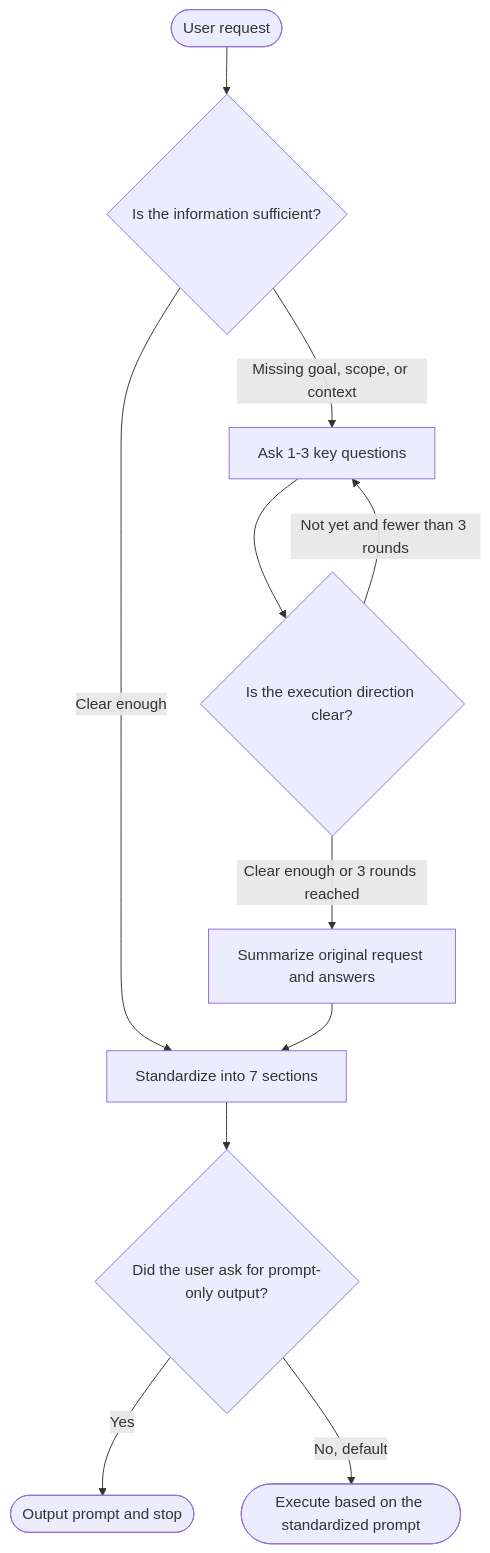
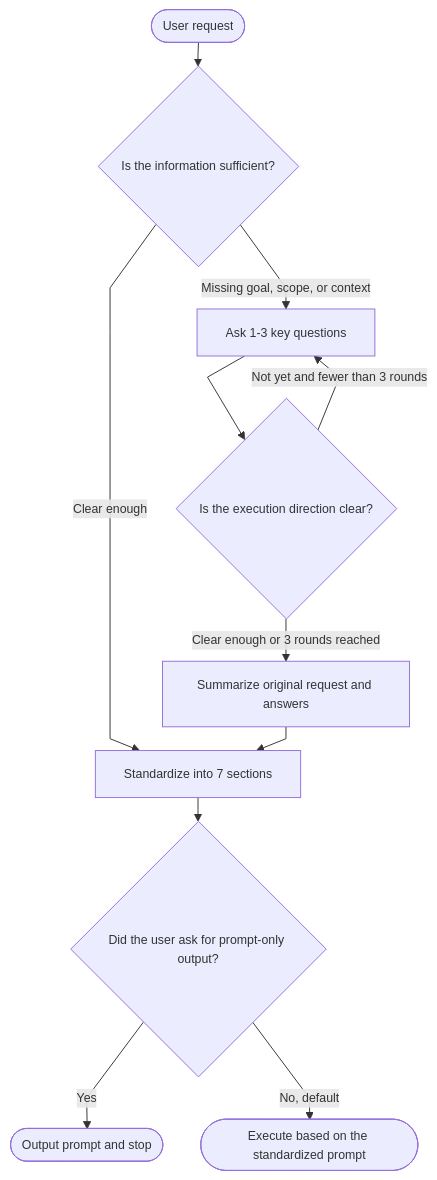
The diagram in README_EN .md (Jupiter363/universal-prompt-optimizer-skill), drawn with Mermaid before and after one commit. The commit also changed 1 other file, not shown here.

Commit message:
change image pattern

````diff
--- a/README_EN .md
+++ b/README_EN .md
@@ -72,17 +72,18 @@
 ```mermaid
+%%{init: {"flowchart": {"nodeSpacing": 8, "rankSpacing": 5 ,"nodeSpacing": 40, "rankSpacing": 25, "curve": "linear"}, "themeVariables": {"fontSize": "13px"}} }%%
 flowchart TD
     A([User request]) --> B{Is the information sufficient?}
 
     B -->|Clear enough| F[Standardized prompt]
     B -->|Missing goal, scope, or context| C[Ask 1-3 key questions]
 
     C --> D{Is the execution direction clear?}
     D -->|Not yet and fewer than 3 rounds| C
     D -->|Clear enough or 3 rounds reached| E[Summarize original request and answers]
 
     E --> F[Standardize into 7 sections]
     F --> G{Did the user ask for prompt-only output?}
 
     G -->|Yes| H([Output prompt and stop])
     G -->|No, default| I([Execute based on the standardized prompt])
 ```
````
